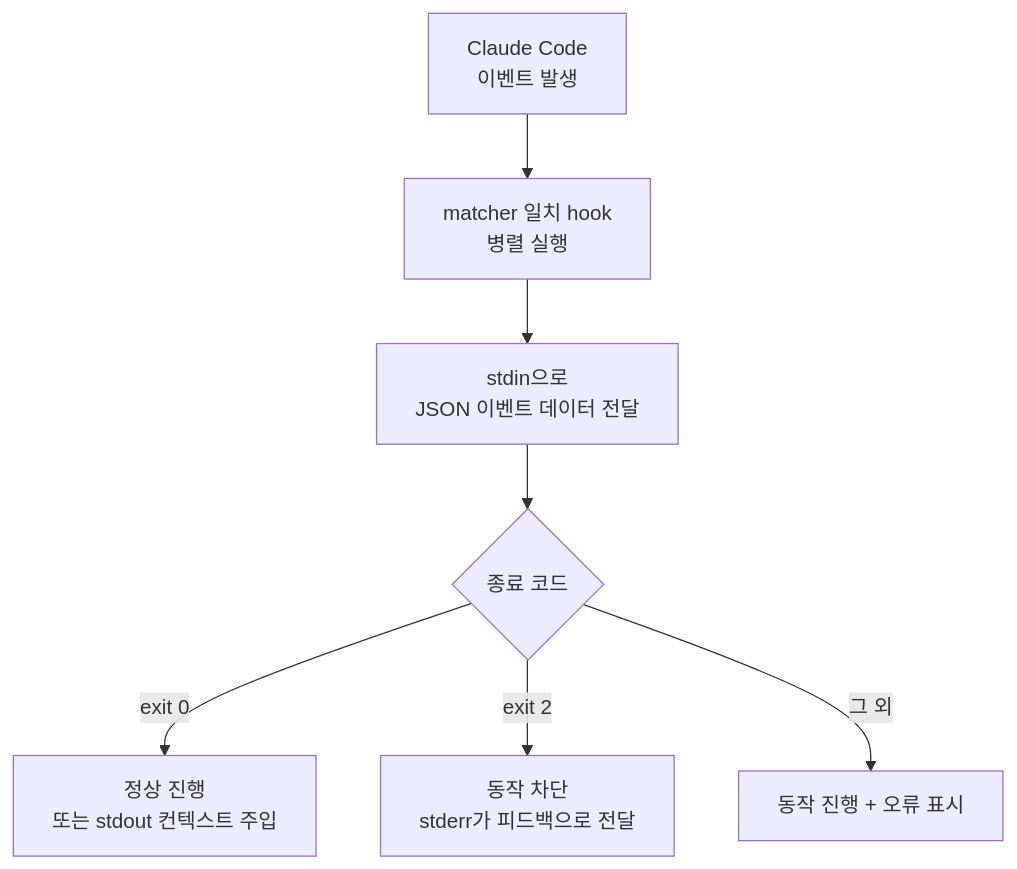
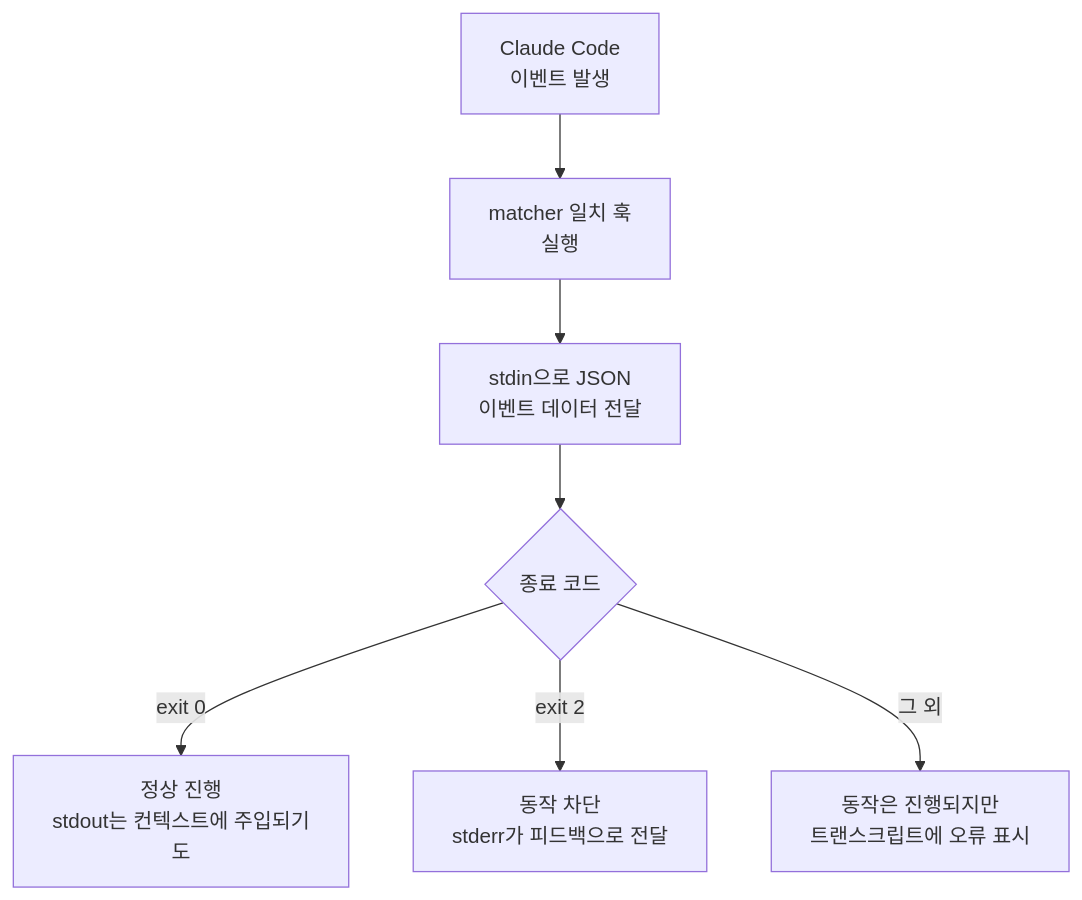
Before and after one commit to modu-ai/moai-adk: the first of 2 diagrams in docs-site/content/ko/claude-code/extensibility/hooks.md, drawn with Mermaid. The commit also changed other lines of this file and 4 other files, not shown here.

First line of the commit message:
docs(SPEC-DESIGN-DOCS-V31-001): M4.6c ko claude-code extensibility rewrite (5 pages)

````diff
--- a/docs-site/content/ko/claude-code/extensibility/hooks.md
+++ b/docs-site/content/ko/claude-code/extensibility/hooks.md
@@ -72,9 +134,9 @@
 ```mermaid
 flowchart TD
-  A[Claude Code<br>이벤트 발생] --> B[matcher 일치 hook<br>병렬 실행]
-  B --> C[stdin으로<br>JSON 이벤트 데이터 전달]
-  C --> D{종료 코드}
-  D -->|exit 0| E[정상 진행<br>또는 stdout 컨텍스트 주입]
-  D -->|exit 2| F[동작 차단<br>stderr가 피드백으로 전달]
-  D -->|그 외| G[동작 진행 + 오류 표시]
+    A[Claude Code<br/>이벤트 발생] --> B[matcher 일치 훅<br/>실행]
+    B --> C[stdin으로 JSON<br/>이벤트 데이터 전달]
+    C --> D{종료 코드}
+    D -->|exit 0| E[정상 진행<br/>stdout는 컨텍스트에 주입되기도]
+    D -->|exit 2| F[동작 차단<br/>stderr가 피드백으로 전달]
+    D -->|그 외| G[동작은 진행되지만<br/>트랜스크립트에 오류 표시]
 ```
````
